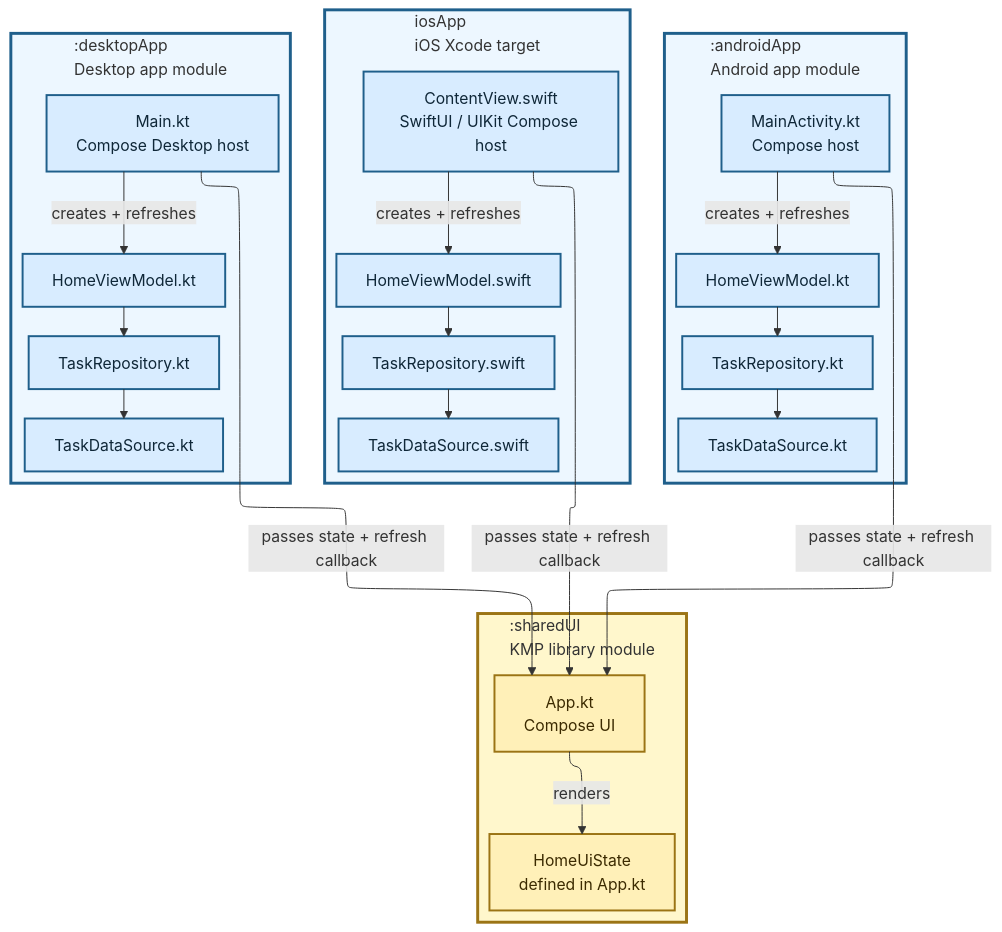
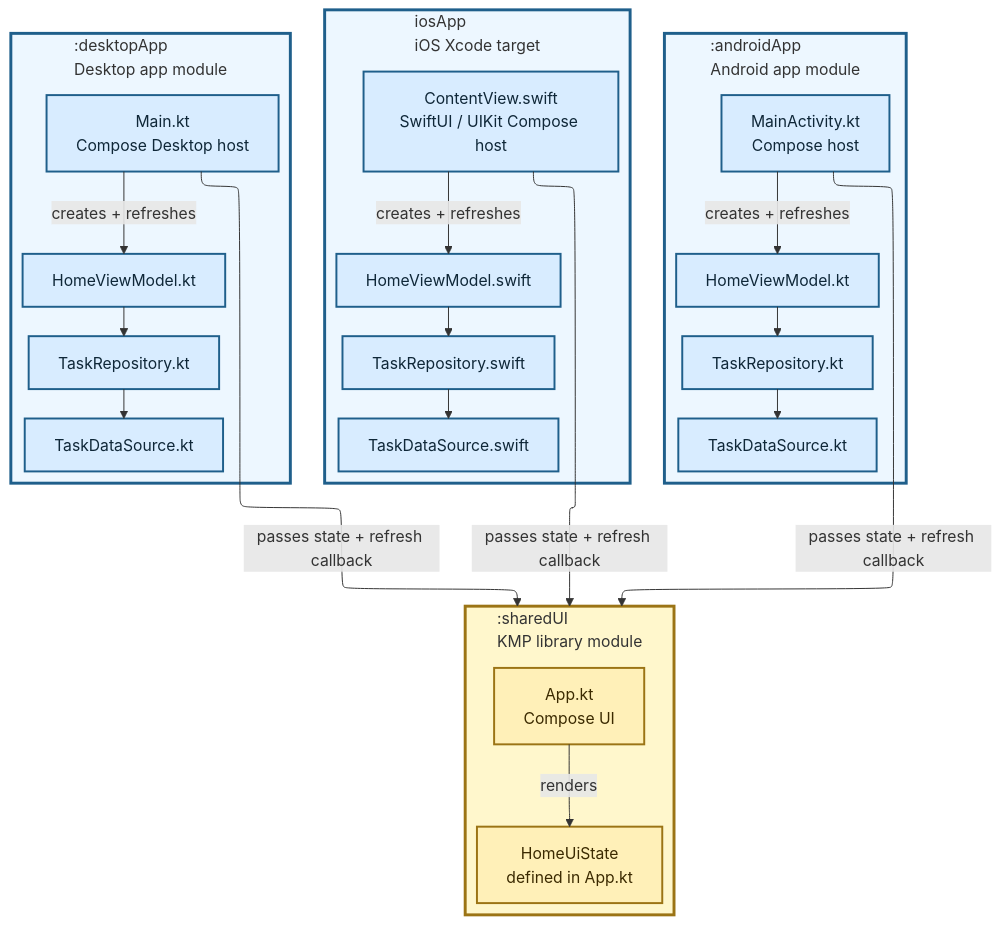
Before and after one commit to TheSetox/kmp-sample-diagrams: the diagram in diagrams/07-kmp-ui-layer.md, drawn with Mermaid. The commit also changed 38 other files, not shown here.

Commit message:
docs: clarify diagram typography and routing

````diff
--- a/diagrams/07-kmp-ui-layer.md
+++ b/diagrams/07-kmp-ui-layer.md
@@ -5,55 +5,55 @@
 ```mermaid
 ---
 config:
   layout: elk
   elk:
     nodePlacementStrategy: LINEAR_SEGMENTS
 ---
 flowchart TB
   subgraph Android[":androidApp\nAndroid app module"]
     AHost["MainActivity.kt\nCompose host"]
     AVM["HomeViewModel.kt"]
     ARepository["TaskRepository.kt"]
     ADataSource["TaskDataSource.kt"]
     AHost -->|"creates + refreshes"| AVM
     AVM --> ARepository --> ADataSource
   end
 
   subgraph IOS["iosApp\niOS Xcode target"]
     IHost["ContentView.swift\nSwiftUI / UIKit Compose host"]
     IVM["HomeViewModel.swift"]
     IRepository["TaskRepository.swift"]
     IDataSource["TaskDataSource.swift"]
     IHost -->|"creates + refreshes"| IVM
     IVM --> IRepository --> IDataSource
   end
 
   subgraph Desktop[":desktopApp\nDesktop app module"]
     DHost["Main.kt\nCompose Desktop host"]
     DVM["HomeViewModel.kt"]
     DRepository["TaskRepository.kt"]
     DDataSource["TaskDataSource.kt"]
     DHost -->|"creates + refreshes"| DVM
     DVM --> DRepository --> DDataSource
   end
 
   subgraph KMP[":sharedUI\nKMP library module"]
     direction TB
     App["App.kt\nCompose UI"]
     State["HomeUiState\ndefined in App.kt"]
     App -->|"renders"| State
   end
 
-  DHost -->|"passes state + refresh callback"| App
-  IHost -->|"passes state + refresh callback"| App
-  AHost -->|"passes state + refresh callback"| App
+  DHost -->|"passes state + refresh callback"| KMP
+  IHost -->|"passes state + refresh callback"| KMP
+  AHost -->|"passes state + refresh callback"| KMP
 
   classDef app fill:#d8ecff,stroke:#1f5f8b,color:#0f2738,stroke-width:2px;
   classDef kmp fill:#fff0b8,stroke:#9b7415,color:#3b2a00,stroke-width:2px;
   class AHost,AVM,ARepository,ADataSource,IHost,IVM,IRepository,IDataSource,DHost,DVM,DRepository,DDataSource app;
   class App,State kmp;
   style Android fill:#edf7ff,stroke:#1f5f8b,stroke-width:3px
   style IOS fill:#edf7ff,stroke:#1f5f8b,stroke-width:3px
   style Desktop fill:#edf7ff,stroke:#1f5f8b,stroke-width:3px
   style KMP fill:#fff7cc,stroke:#9b7415,stroke-width:3px
 ```
````
